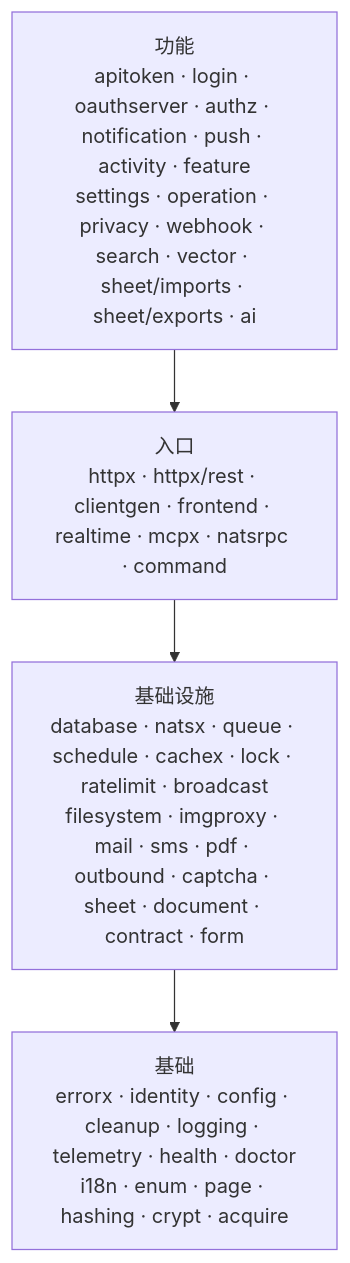
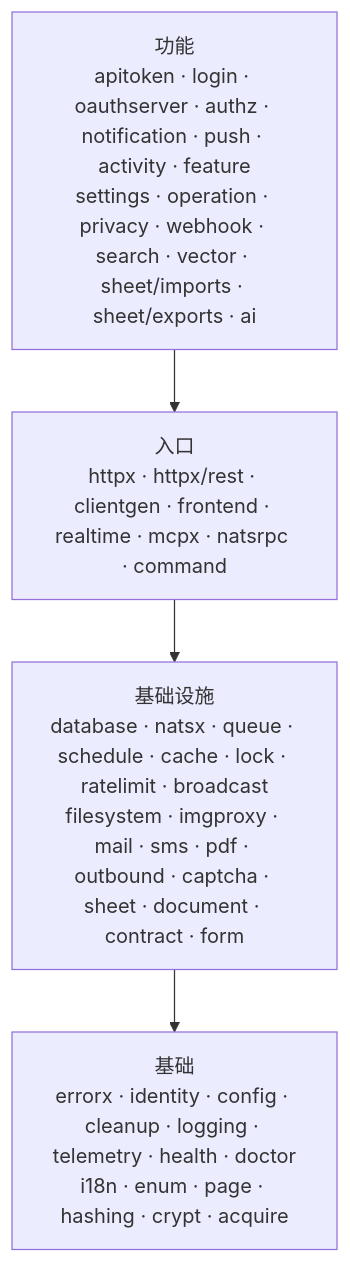
One commit to go-tenon/tenon changed the fourth of 8 diagrams in README.md. Above: the diagram before and after it, drawn with Mermaid. The commit also changed 17 other files, not shown here.

First line of the commit message:
refactor(cache): cachex 改名为 cache，包名后缀的规则写进命名约定 (#222)

````diff
--- a/README.md
+++ b/README.md
@@ -146,8 +146,8 @@
 ```mermaid
 flowchart TB
   F["功能<br/>apitoken · login · oauthserver · authz · notification · push · activity · feature<br/>settings · operation · privacy · webhook · search · vector · sheet/imports · sheet/exports · ai"]
   E["入口<br/>httpx · httpx/rest · clientgen · frontend · realtime · mcpx · natsrpc · command"]
-  I["基础设施<br/>database · natsx · queue · schedule · cachex · lock · ratelimit · broadcast<br/>filesystem · imgproxy · mail · sms · pdf · outbound · captcha · sheet · document · contract · form"]
+  I["基础设施<br/>database · natsx · queue · schedule · cache · lock · ratelimit · broadcast<br/>filesystem · imgproxy · mail · sms · pdf · outbound · captcha · sheet · document · contract · form"]
   BASE["基础<br/>errorx · identity · config · cleanup · logging · telemetry · health · doctor<br/>i18n · enum · page · hashing · crypt · acquire"]
   F --> E --> I --> BASE
 ```
````
